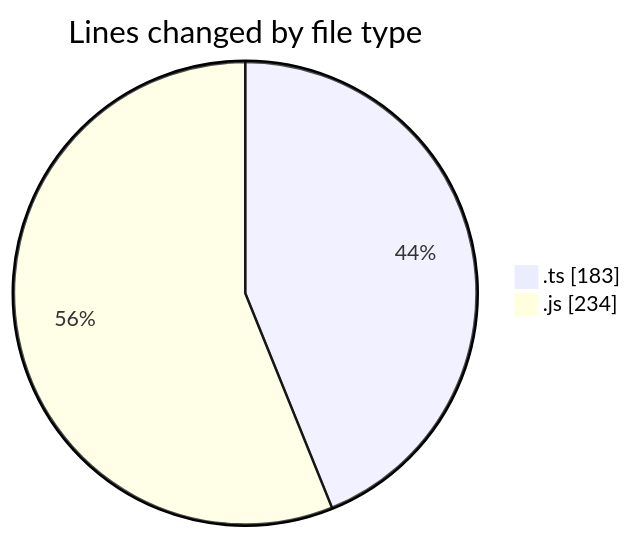
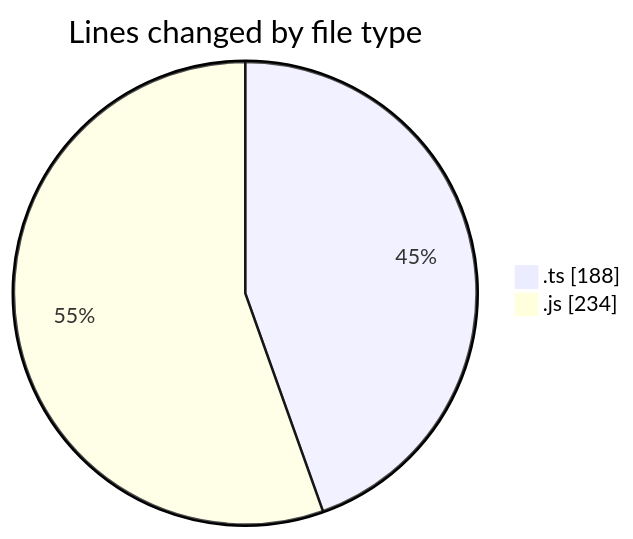
Before and after one commit to momahboobian/code-tracking: the first of 2 diagrams in 2025-03-12/cda/README.md, drawn with Mermaid. The commit also changed other lines of this file and 1 other file, not shown here.

````diff
--- a/2025-03-12/cda/README.md
+++ b/2025-03-12/cda/README.md
@@ -25,6 +25,6 @@
 ```mermaid
 pie showData
 title Lines changed by file type
-".ts" : 183
+".ts" : 188
 ".js" : 234
 ```
````
